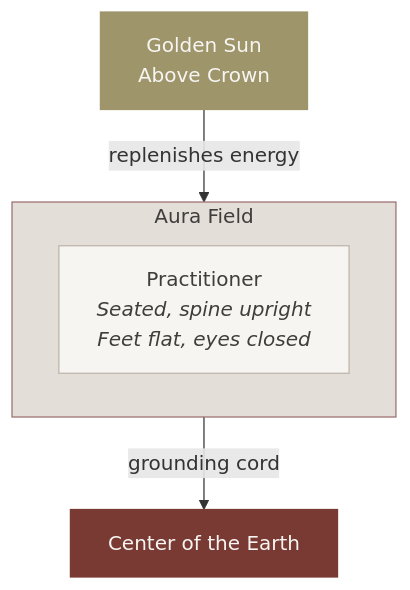
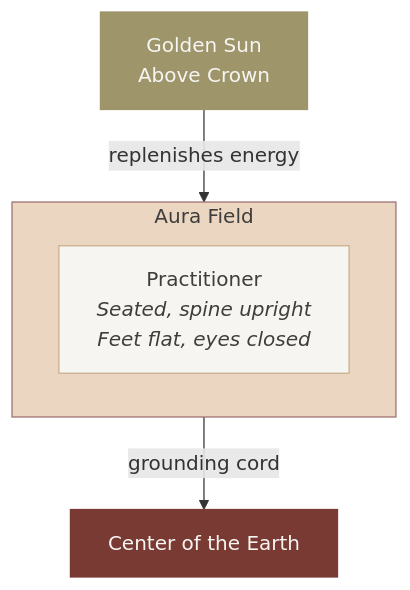
One commit to Light-Brands/roses-os changed the tenth of 28 diagrams in docs/brand/brand-dna.md. Above: the diagram before and after it, drawn with Mermaid. The commit also changed other lines of this file and 2 other files, not shown here.

````diff
--- a/docs/brand/brand-dna.md
+++ b/docs/brand/brand-dna.md
@@ -525,14 +525,14 @@
 ```mermaid
 graph TD
     GS["Golden Sun<br/>Above Crown"]
     GS -->|"replenishes energy"| AURA
     subgraph AURA["Aura Field"]
         BODY["Practitioner<br/><i>Seated, spine upright</i><br/><i>Feet flat, eyes closed</i>"]
     end
     AURA -->|"grounding cord"| EARTH["Center of the Earth"]
 
     style GS fill:#9E956B,color:#F7F5F2,stroke:#9E956B
-    style AURA fill:#E4DED8,color:#3F3E3C,stroke:#9C6F6E
-    style BODY fill:#F7F5F2,color:#3F3E3C,stroke:#BFB3AA
+    style AURA fill:#EBD6C1,color:#3F3E3C,stroke:#9C6F6E
+    style BODY fill:#F7F5F2,color:#3F3E3C,stroke:#C7AE8C
     style EARTH fill:#7A3A34,color:#F7F5F2,stroke:#7A3A34
 ```
````
